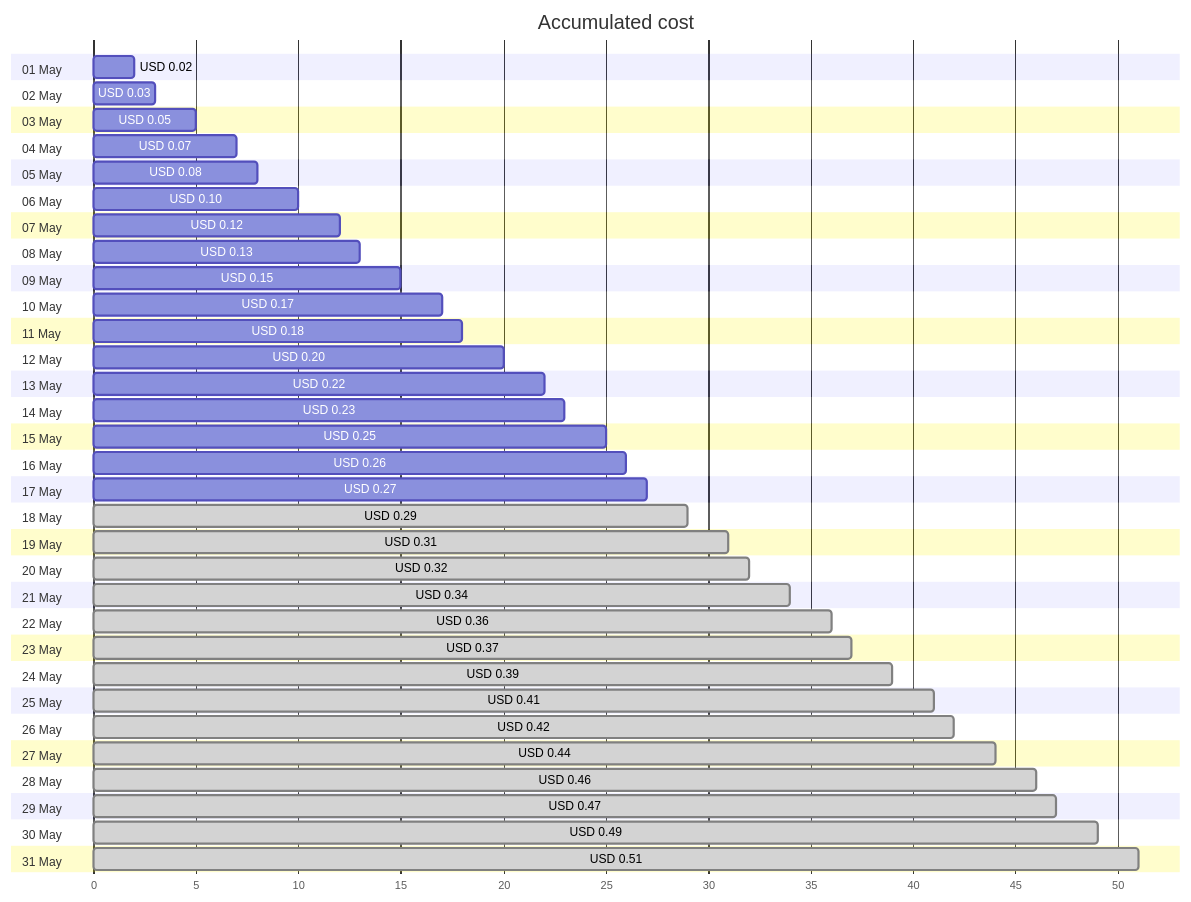
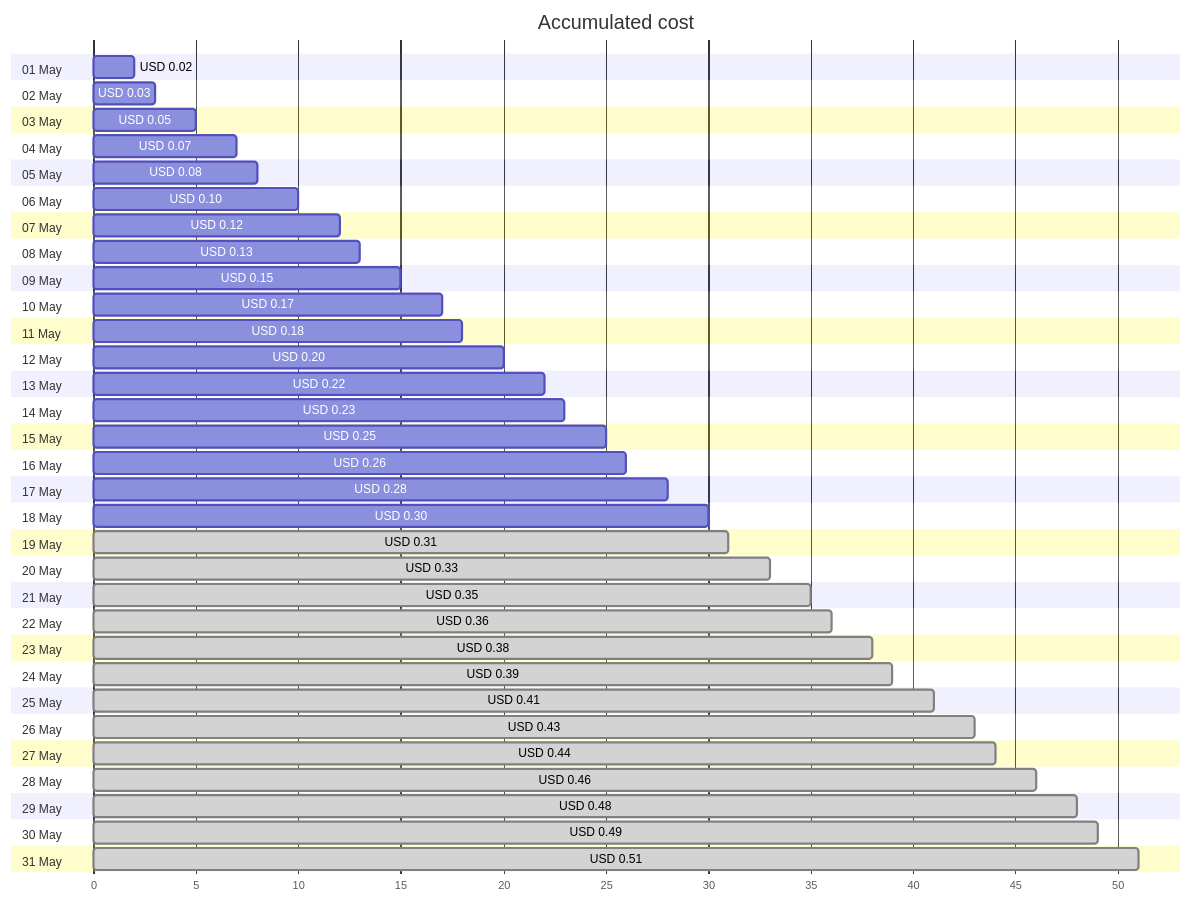
The first of 4 diagrams in cost-reports/personal-dns/jpatrickfulton.dev.md (jpfulton/azure-personal-reports), drawn with Mermaid before and after one commit. The commit also changed other lines of this file and 2 other files, not shown here.

````diff
--- a/cost-reports/personal-dns/jpatrickfulton.dev.md
+++ b/cost-reports/personal-dns/jpatrickfulton.dev.md
@@ -20,68 +20,68 @@
 ```mermaid
 gantt
    title Accumulated cost
    dateFormat  X
    axisFormat %s
    section 01 May
    USD 0.02 :0, 2
    section 02 May
    USD 0.03 :0, 3
    section 03 May
    USD 0.05 :0, 5
    section 04 May
    USD 0.07 :0, 7
    section 05 May
    USD 0.08 :0, 8
    section 06 May
    USD 0.10 :0, 10
    section 07 May
    USD 0.12 :0, 12
    section 08 May
    USD 0.13 :0, 13
    section 09 May
    USD 0.15 :0, 15
    section 10 May
    USD 0.17 :0, 17
    section 11 May
    USD 0.18 :0, 18
    section 12 May
    USD 0.20 :0, 20
    section 13 May
    USD 0.22 :0, 22
    section 14 May
    USD 0.23 :0, 23
    section 15 May
    USD 0.25 :0, 25
    section 16 May
    USD 0.26 :0, 26
    section 17 May
-   USD 0.27 :0, 27
+   USD 0.28 :0, 28
    section 18 May
-   USD 0.29 : done, 0, 29
+   USD 0.30 :0, 30
    section 19 May
    USD 0.31 : done, 0, 31
    section 20 May
-   USD 0.32 : done, 0, 32
+   USD 0.33 : done, 0, 33
    section 21 May
-   USD 0.34 : done, 0, 34
+   USD 0.35 : done, 0, 35
    section 22 May
    USD 0.36 : done, 0, 36
    section 23 May
-   USD 0.37 : done, 0, 37
+   USD 0.38 : done, 0, 38
    section 24 May
    USD 0.39 : done, 0, 39
    section 25 May
    USD 0.41 : done, 0, 41
    section 26 May
-   USD 0.42 : done, 0, 42
+   USD 0.43 : done, 0, 43
    section 27 May
    USD 0.44 : done, 0, 44
    section 28 May
    USD 0.46 : done, 0, 46
    section 29 May
-   USD 0.47 : done, 0, 47
+   USD 0.48 : done, 0, 48
    section 30 May
    USD 0.49 : done, 0, 49
    section 31 May
    USD 0.51 : done, 0, 51
 ```
````
